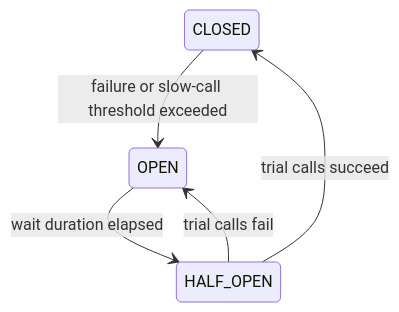
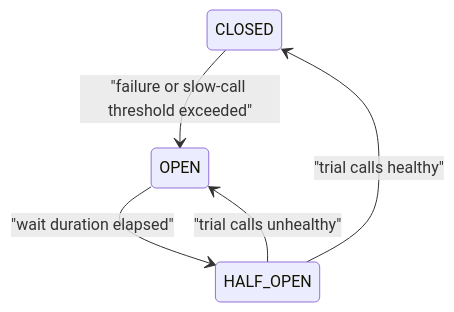
The diagram in content/System Design/12. Circuit Breaker Bulkhead 장애 격리/02. Circuit Breaker 상태 모델 상세.md (thisis-joe/thisis-joe.github.io), drawn with Mermaid before and after one commit. The commit also changed other lines of this file and 23 other files, not shown here.

````diff
--- a/content/System Design/12. Circuit Breaker Bulkhead 장애 격리/02. Circuit Breaker 상태 모델 상세.md
+++ b/content/System Design/12. Circuit Breaker Bulkhead 장애 격리/02. Circuit Breaker 상태 모델 상세.md
@@ -20,7 +30,7 @@
 ```mermaid
 stateDiagram-v2
-    CLOSED --> OPEN: failure or slow-call threshold exceeded
-    OPEN --> HALF_OPEN: wait duration elapsed
-    HALF_OPEN --> CLOSED: trial calls succeed
-    HALF_OPEN --> OPEN: trial calls fail
+    CLOSED --> OPEN: "failure or slow-call threshold exceeded"
+    OPEN --> HALF_OPEN: "wait duration elapsed"
+    HALF_OPEN --> CLOSED: "trial calls healthy"
+    HALF_OPEN --> OPEN: "trial calls unhealthy"
 ```
````
